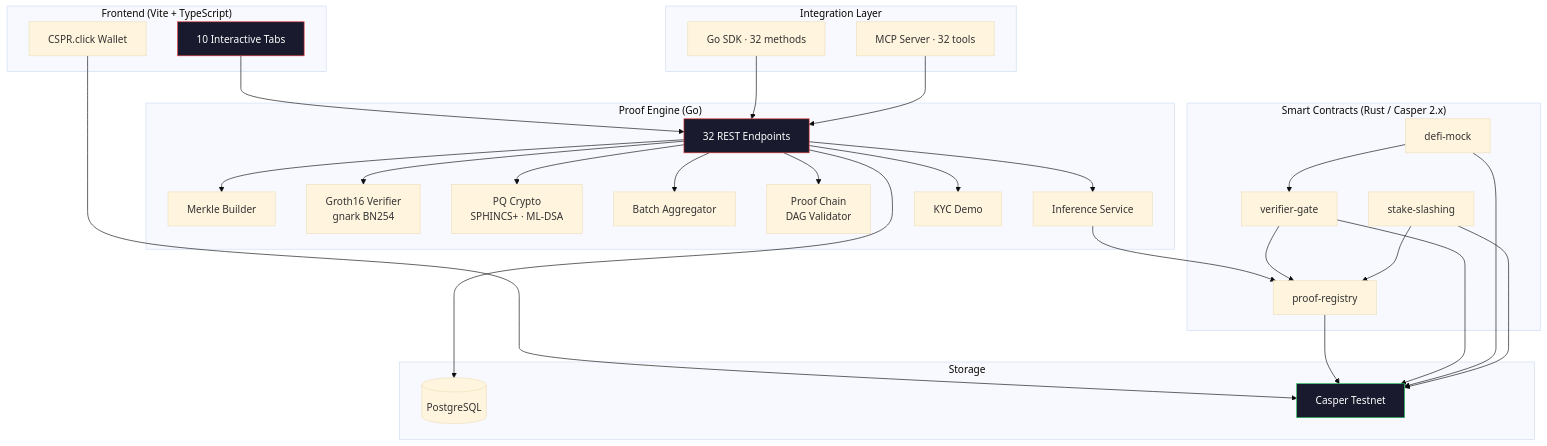
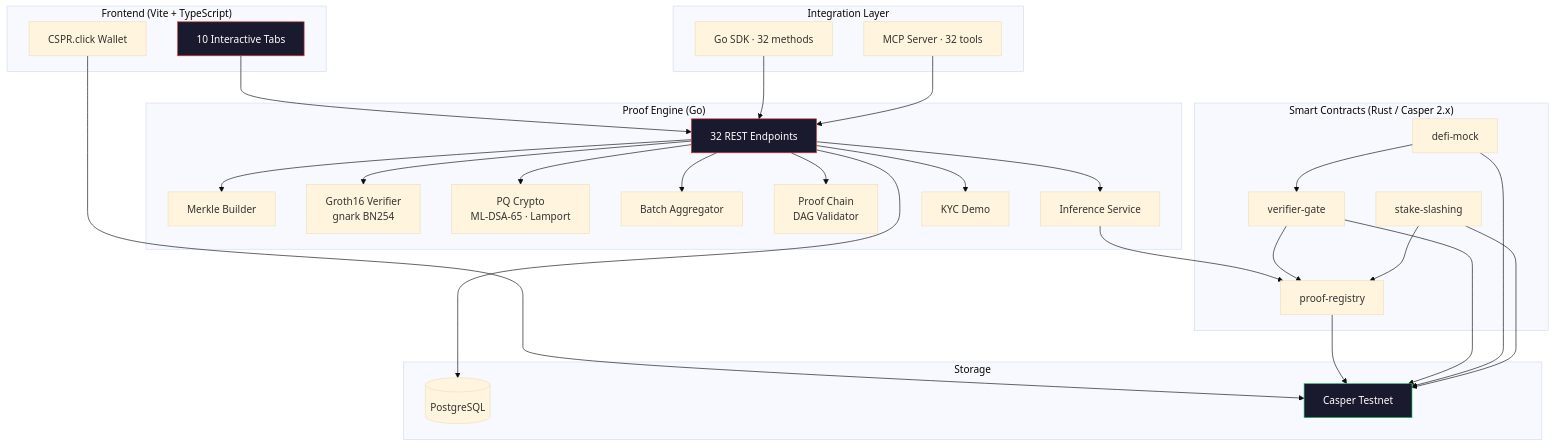
The second of 2 diagrams in README.md (anna-stolbovskaja/CasperProver), drawn with Mermaid (base theme) before and after one commit. The commit also changed other lines of this file and 6 other files, not shown here.

````diff
--- a/README.md
+++ b/README.md
@@ -109,51 +109,51 @@
 ```mermaid
 graph TB
     subgraph "Frontend (Vite + TypeScript)"
         UI[10 Interactive Tabs]
         WC[CSPR.click Wallet]
     end
 
     subgraph "Proof Engine (Go)"
         API[32 REST Endpoints]
         MK[Merkle Builder]
         ZK[Groth16 Verifier<br/>gnark BN254]
-        PQ[PQ Crypto<br/>SPHINCS+ · ML-DSA]
+        PQ[PQ Crypto<br/>ML-DSA-65 · Lamport]
         AG[Batch Aggregator]
         PC[Proof Chain<br/>DAG Validator]
         INF[Inference Service]
         KYC[KYC Demo]
     end
 
     subgraph "Smart Contracts (Rust / Casper 2.x)"
         PR[proof-registry]
         VG[verifier-gate]
         DM[defi-mock]
         SS[stake-slashing]
     end
 
     subgraph "Integration Layer"
         SDK[Go SDK · 32 methods]
         MCP[MCP Server · 32 tools]
     end
 
     subgraph "Storage"
         PG[(PostgreSQL)]
         CS[Casper Testnet]
     end
 
     UI --> API
     WC --> CS
     API --> MK & ZK & PQ & AG & PC & INF & KYC
     INF --> PR
     VG --> PR
     DM --> VG
     SS --> PR
     API --> PG
     SDK --> API
     MCP --> API
     PR & VG & DM & SS --> CS
 
     style UI fill:#1a1a2e,stroke:#e53935,color:#fff
     style API fill:#1a1a2e,stroke:#e53935,color:#fff
     style CS fill:#1a1a2e,stroke:#22c55e,color:#fff
 ```
````
